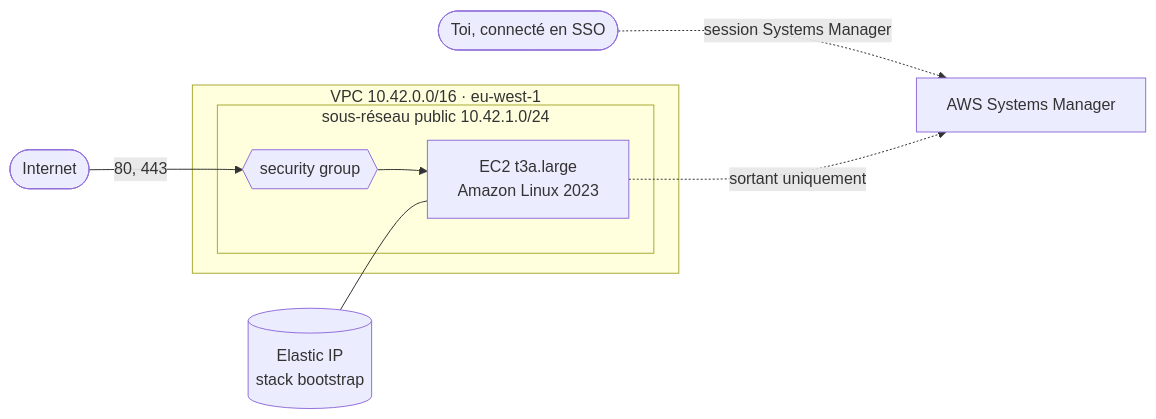
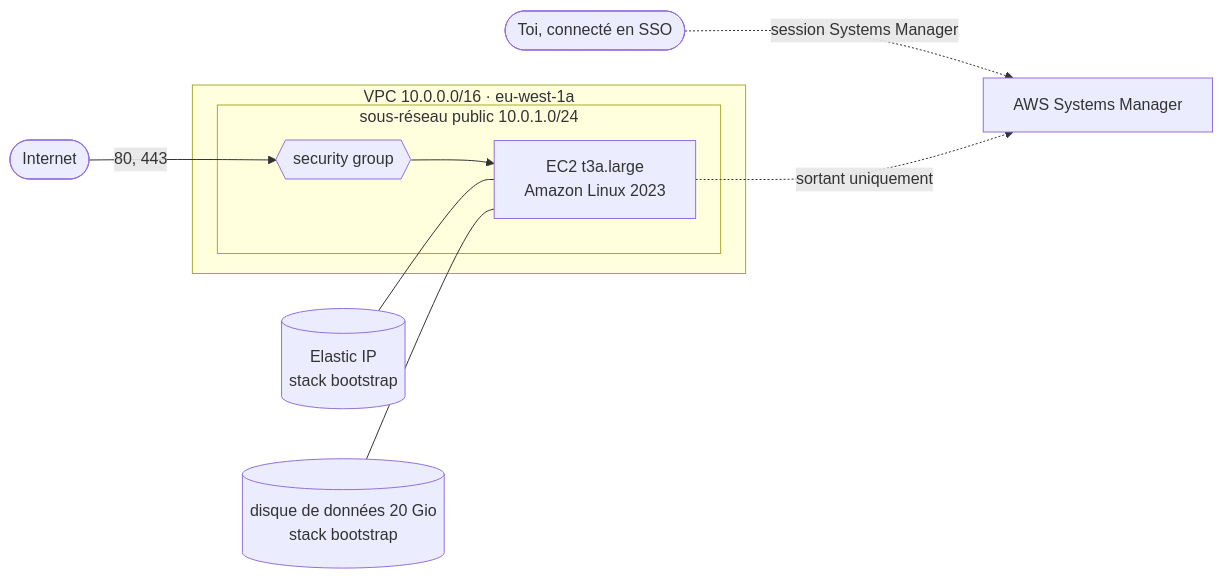
The diagram in docs/fr/INFRA.md (LifeLifeOne/votely), drawn with Mermaid before and after one commit. The commit also changed other lines of this file and 7 other files, not shown here.

````diff
--- a/docs/fr/INFRA.md
+++ b/docs/fr/INFRA.md
@@ -16,12 +16,13 @@
 ```mermaid
 flowchart LR
     internet([Internet]) -->|"80, 443"| sg
     you([Toi, connecté en SSO]) -.->|"session Systems Manager"| ssm[AWS Systems Manager]
-    subgraph vpc [VPC 10.42.0.0/16 · eu-west-1]
-        subgraph subnet [sous-réseau public 10.42.1.0/24]
+    subgraph vpc [VPC 10.0.0.0/16 · eu-west-1a]
+        subgraph subnet [sous-réseau public 10.0.1.0/24]
             sg{{security group}} --> server["EC2 t3a.large<br/>Amazon Linux 2023"]
         end
     end
     server -.->|"sortant uniquement"| ssm
     eip[(Elastic IP<br/>stack bootstrap)] --- server
+    disk[(disque de données 20 Gio<br/>stack bootstrap)] --- server
 ```
````
